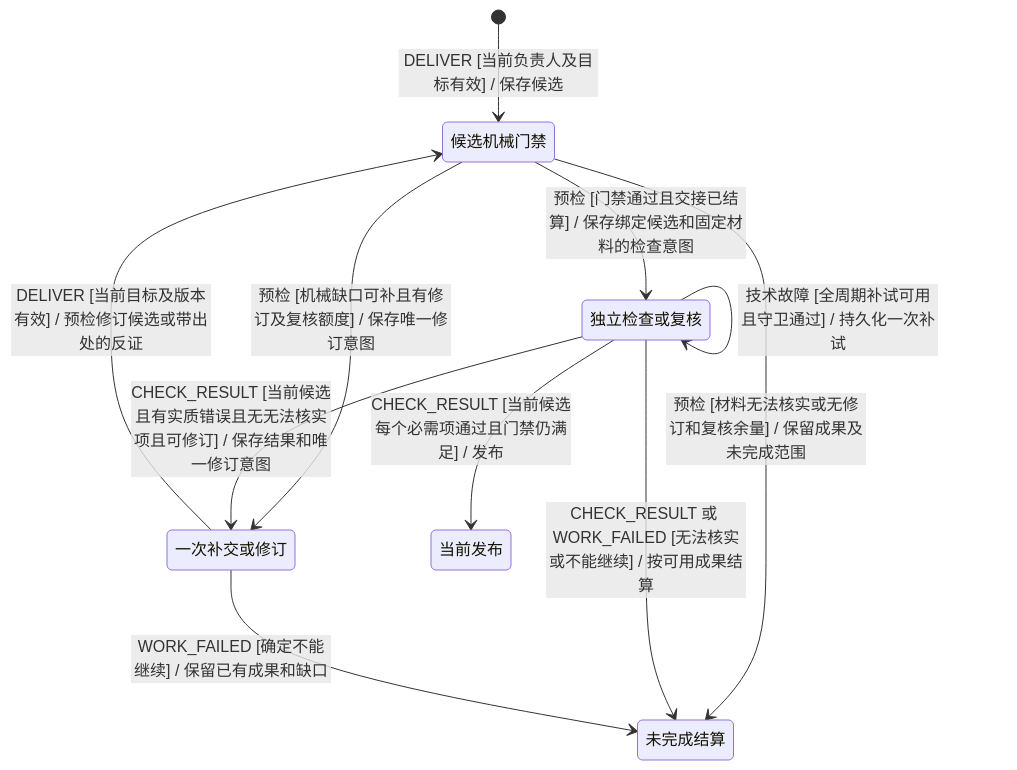
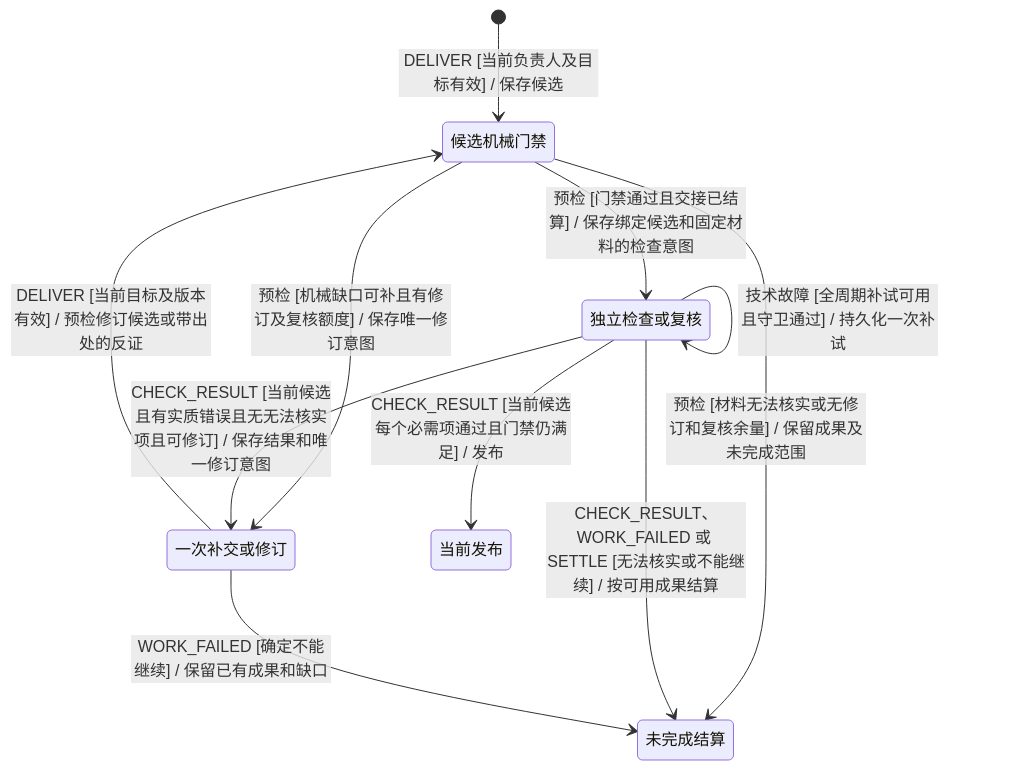
Diagram 12 of 43 in docs/state-diagrams.md (kejun/squad), drawn with Mermaid before and after one commit. The commit also changed other lines of this file and 6 other files, not shown here.

````diff
--- a/docs/state-diagrams.md
+++ b/docs/state-diagrams.md
@@ -278,18 +278,18 @@
 ```mermaid
 stateDiagram-v2
     state "候选机械门禁" as Candidate
     state "一次补交或修订" as Revision
     state "独立检查或复核" as Check
     state "当前发布" as Published
     state "未完成结算" as Incomplete
     [*] --> Candidate: DELIVER [当前负责人及目标有效] / 保存候选
     Candidate --> Revision: 预检 [机械缺口可补且有修订及复核额度] / 保存唯一修订意图
     Candidate --> Incomplete: 预检 [材料无法核实或无修订和复核余量] / 保留成果及未完成范围
     Candidate --> Check: 预检 [门禁通过且交接已结算] / 保存绑定候选和固定材料的检查意图
     Check --> Check: 技术故障 [全周期补试可用且守卫通过] / 持久化一次补试
     Check --> Revision: CHECK_RESULT [当前候选且有实质错误且无无法核实项且可修订] / 保存结果和唯一修订意图
     Check --> Published: CHECK_RESULT [当前候选每个必需项通过且门禁仍满足] / 发布
-    Check --> Incomplete: CHECK_RESULT 或 WORK_FAILED [无法核实或不能继续] / 按可用成果结算
+    Check --> Incomplete: CHECK_RESULT、WORK_FAILED 或 SETTLE [无法核实或不能继续] / 按可用成果结算
     Revision --> Candidate: DELIVER [当前目标及版本有效] / 预检修订候选或带出处的反证
     Revision --> Incomplete: WORK_FAILED [确定不能继续] / 保留已有成果和缺口
 ```
````
